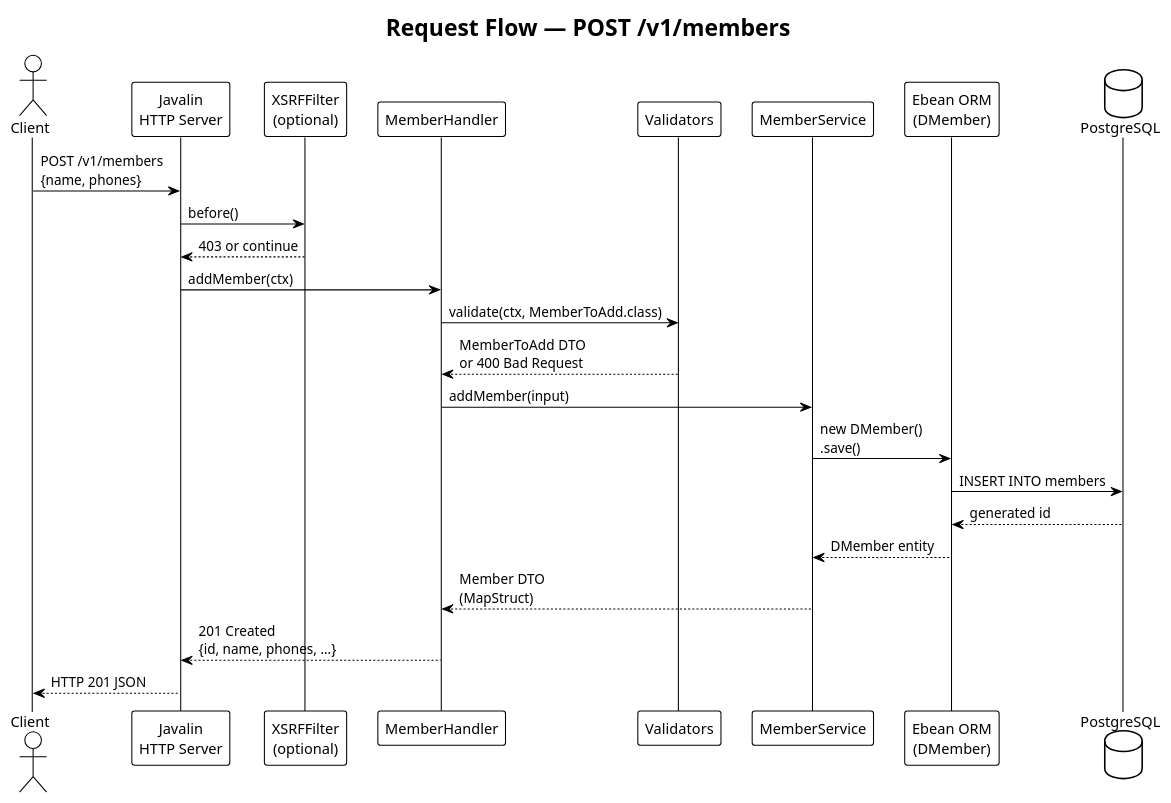
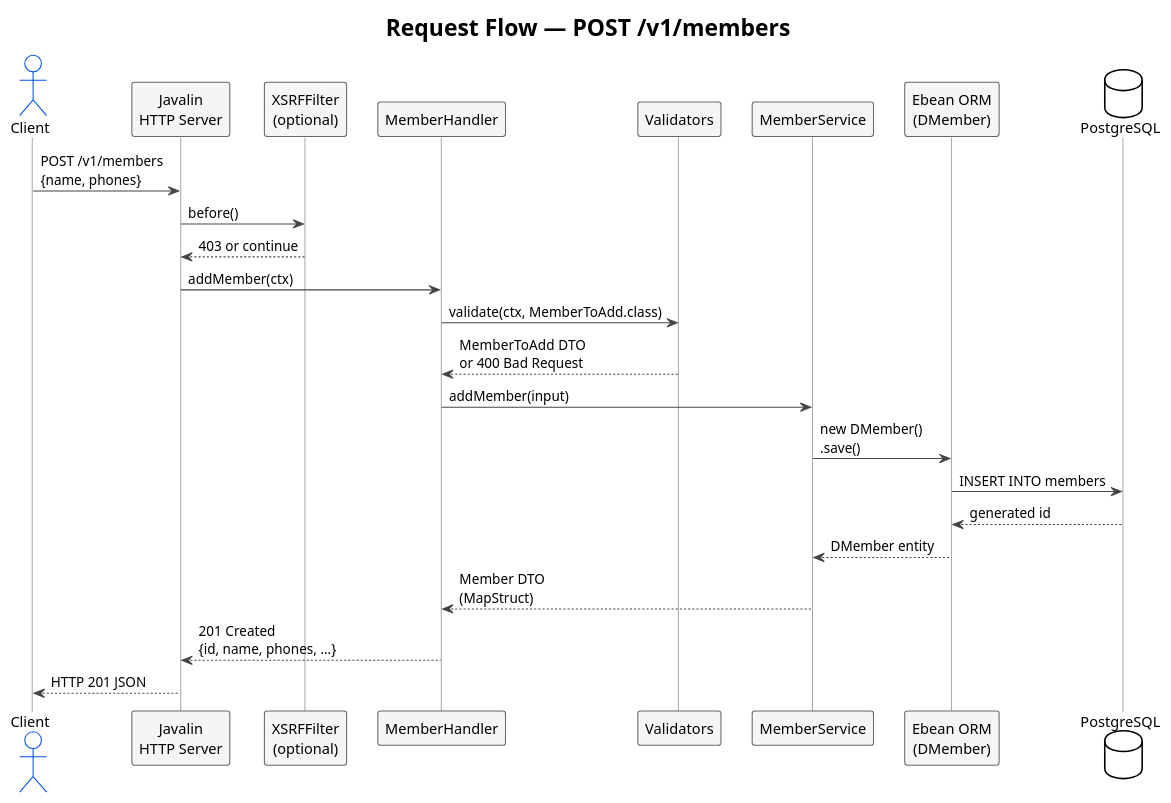
One commit to batzorigt/rest-api-template changed the fifth of 8 diagrams in docs/architecture.md. Above: the diagram before and after it, drawn with PlantUML. The commit also changed other lines of this file and 1 other file, not shown here.

````diff
--- a/docs/architecture.md
+++ b/docs/architecture.md
@@ -93,32 +247,39 @@
 ```plantuml
 @startuml RequestFlow
 !theme plain
 title Request Flow — POST /v1/members
 
+skinparam sequence {
+  ArrowColor #444444
+  ActorBorderColor #0050ef
+  LifeLineBorderColor #aaaaaa
+  ParticipantBackgroundColor #f5f5f5
+  ParticipantBorderColor #666666
+}
 
 actor "Client" as client
 participant "Javalin\nHTTP Server" as server
 participant "XSRFFilter\n(optional)" as xsrf
 participant "MemberHandler" as handler
 participant "Validators" as validator
 participant "MemberService" as service
 participant "Ebean ORM\n(DMember)" as orm
 database "PostgreSQL" as db
 
 client -> server : POST /v1/members\n{name, phones}
 server -> xsrf : before()
 xsrf --> server : 403 or continue
 server -> handler : addMember(ctx)
 handler -> validator : validate(ctx, MemberToAdd.class)
 validator --> handler : MemberToAdd DTO\nor 400 Bad Request
 handler -> service : addMember(input)
 service -> orm : new DMember()\n.save()
 orm -> db : INSERT INTO members
 db --> orm : generated id
 orm --> service : DMember entity
 service --> handler : Member DTO\n(MapStruct)
 handler --> server : 201 Created\n{id, name, phones, ...}
 server --> client : HTTP 201 JSON
 
 @enduml
 ```
````
